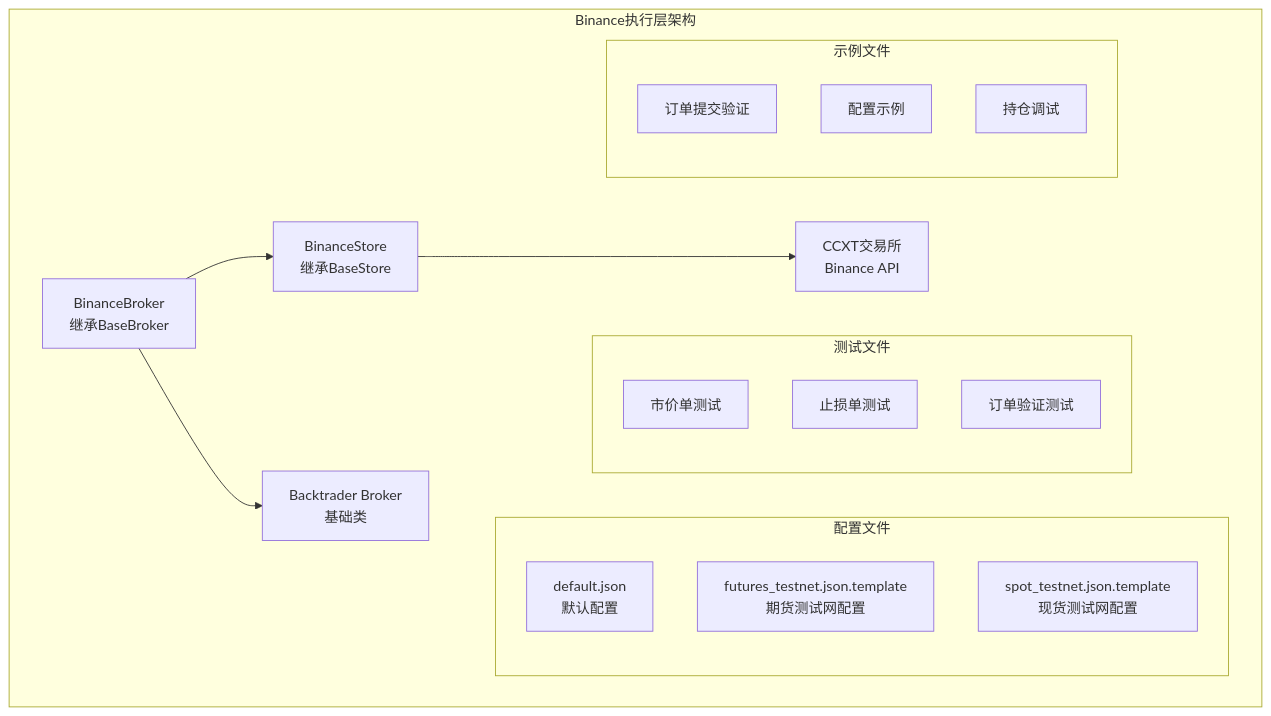
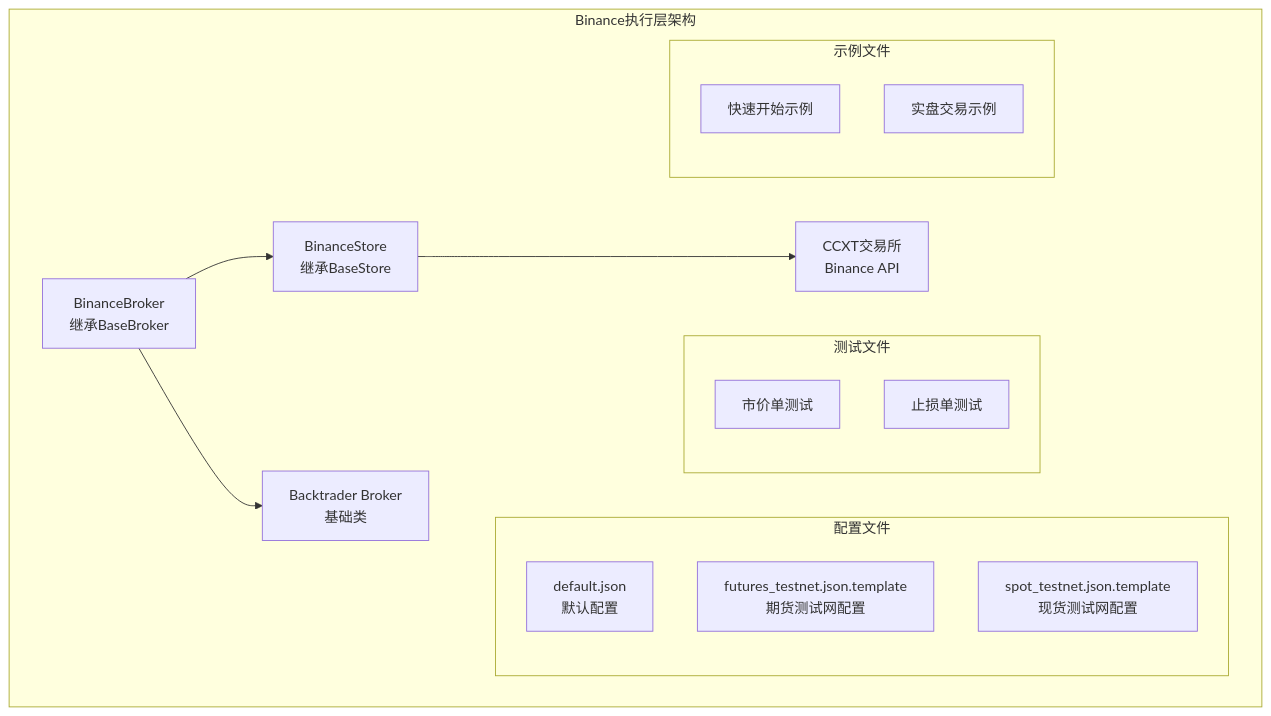
The first of 8 diagrams in .qoder/repowiki/zh/content/实盘交易模块/Binance交易所集成/BinanceBroker执行层.md (bench-prog/backtrader), drawn with Mermaid before and after one commit. The commit also changed other lines of this file and 40 other files, not shown here.

````diff
--- a/.qoder/repowiki/zh/content/实盘交易模块/Binance交易所集成/BinanceBroker执行层.md
+++ b/.qoder/repowiki/zh/content/实盘交易模块/Binance交易所集成/BinanceBroker执行层.md
@@ -38,23 +47,21 @@
 ```mermaid
 graph TB
 subgraph "Binance执行层架构"
 BB[BinanceBroker<br/>继承BaseBroker] --> BS[BinanceStore<br/>继承BaseStore]
 BB --> BT[Backtrader Broker<br/>基础类]
 BS --> CS[CCXT交易所<br/>Binance API]
 subgraph "配置文件"
 DC[default.json<br/>默认配置]
 FT[futures_testnet.json.template<br/>期货测试网配置]
 ST[spot_testnet.json.template<br/>现货测试网配置]
 end
 subgraph "测试文件"
 TMO[市价单测试]
 TSL[止损单测试]
-VOS[订单验证测试]
 end
 subgraph "示例文件"
-EOS[订单提交验证]
-CEX[配置示例]
-DPO[持仓调试]
+QS[快速开始示例]
+LT[实盘交易示例]
 end
 end
 ```
````
